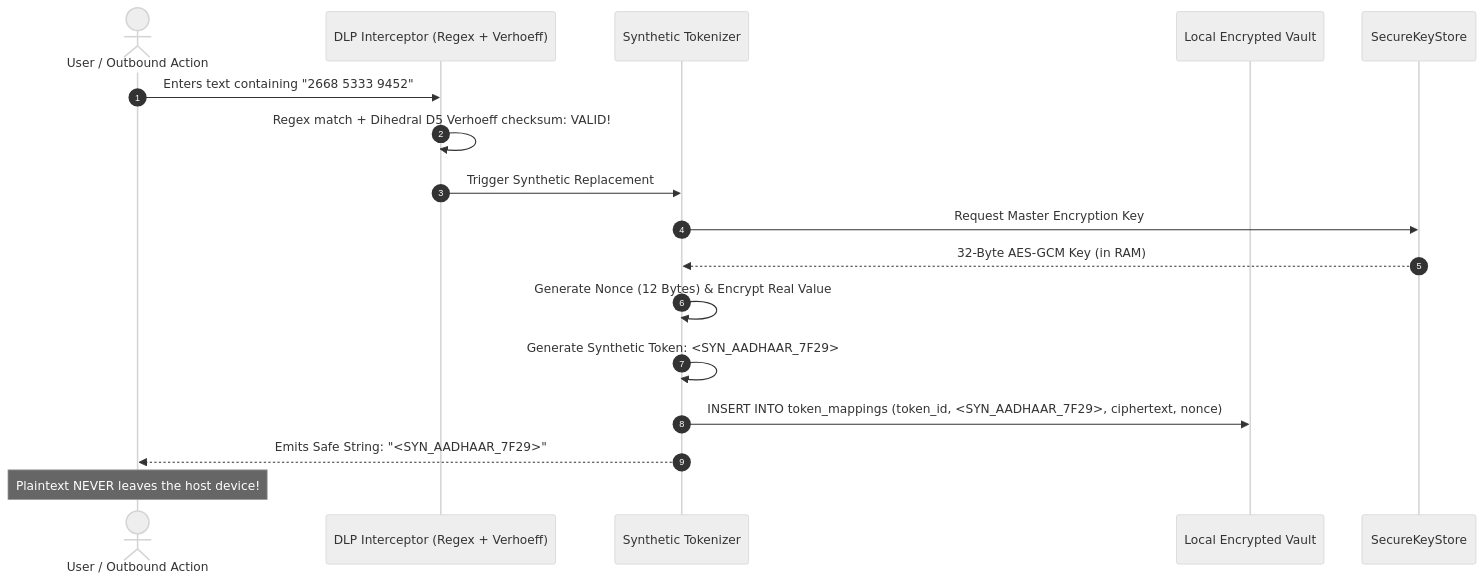
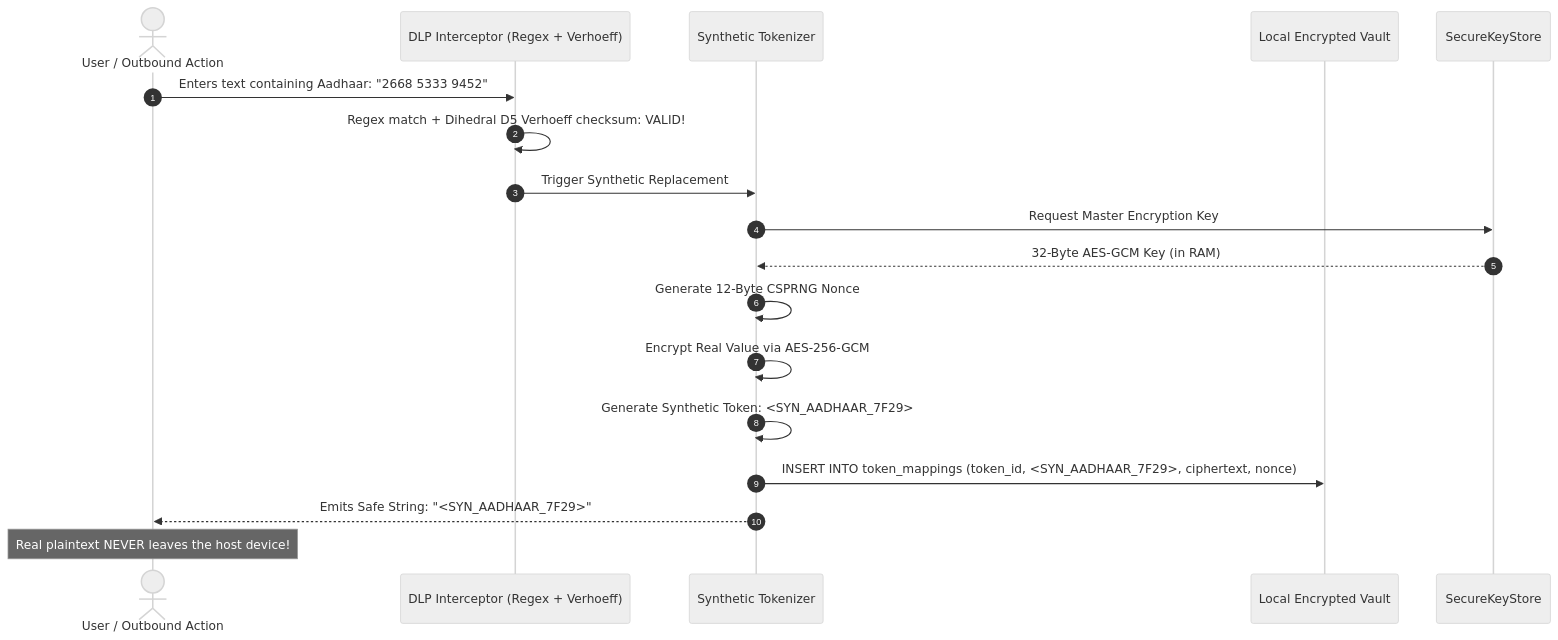
One commit to Shashank-1920/KPRIET-HackITon26 changed the third of 7 diagrams in docs/architecture/ARCHITECTURE.md. Above: the diagram before and after it, drawn with Mermaid (neutral theme). The commit also changed other lines of this file, not shown here.

Commit message:
docs: establish S.H.A.D.E. architecture baseline

````diff
--- a/docs/architecture/ARCHITECTURE.md
+++ b/docs/architecture/ARCHITECTURE.md
@@ -227,20 +130,21 @@
 ```mermaid
 sequenceDiagram
     autonumber
     actor User as User / Outbound Action
     participant DLP as DLP Interceptor (Regex + Verhoeff)
     participant Tokenizer as Synthetic Tokenizer
     participant Vault as Local Encrypted Vault
-    participant Key as SecureKeyStore
+    participant KeyStore as SecureKeyStore
 
-    User->>DLP: Enters text containing "2668 5333 9452"
+    User->>DLP: Enters text containing Aadhaar: "2668 5333 9452"
     DLP->>DLP: Regex match + Dihedral D5 Verhoeff checksum: VALID!
     DLP->>Tokenizer: Trigger Synthetic Replacement
-    Tokenizer->>Key: Request Master Encryption Key
-    Key-->>Tokenizer: 32-Byte AES-GCM Key (in RAM)
-    Tokenizer->>Tokenizer: Generate Nonce (12 Bytes) & Encrypt Real Value
+    Tokenizer->>KeyStore: Request Master Encryption Key
+    KeyStore-->>Tokenizer: 32-Byte AES-GCM Key (in RAM)
+    Tokenizer->>Tokenizer: Generate 12-Byte CSPRNG Nonce
+    Tokenizer->>Tokenizer: Encrypt Real Value via AES-256-GCM
     Tokenizer->>Tokenizer: Generate Synthetic Token: <SYN_AADHAAR_7F29>
     Tokenizer->>Vault: INSERT INTO token_mappings (token_id, <SYN_AADHAAR_7F29>, ciphertext, nonce)
     Tokenizer-->>User: Emits Safe String: "<SYN_AADHAAR_7F29>"
-    Note over User: Plaintext NEVER leaves the host device!
+    Note over User: Real plaintext NEVER leaves the host device!
 ```
````
